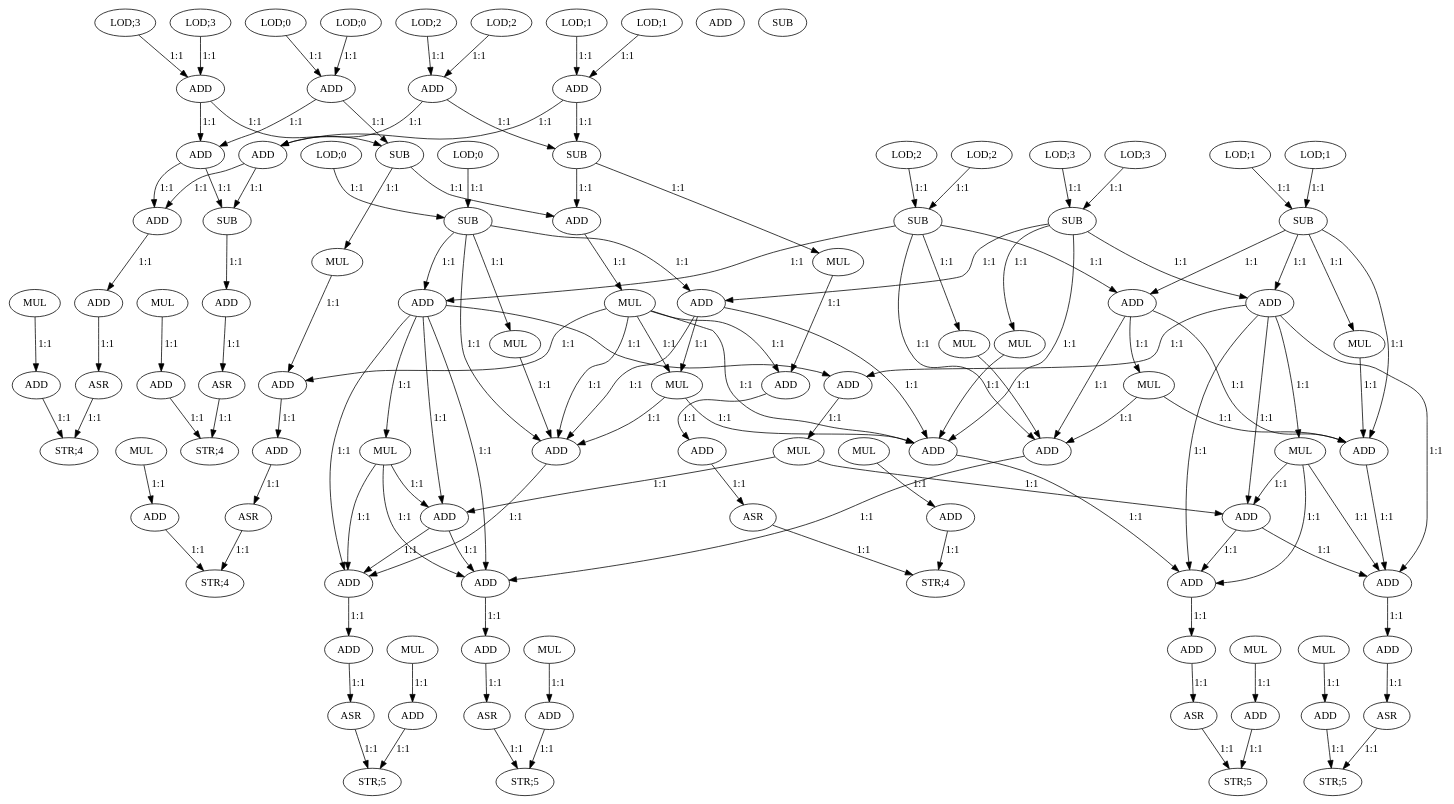
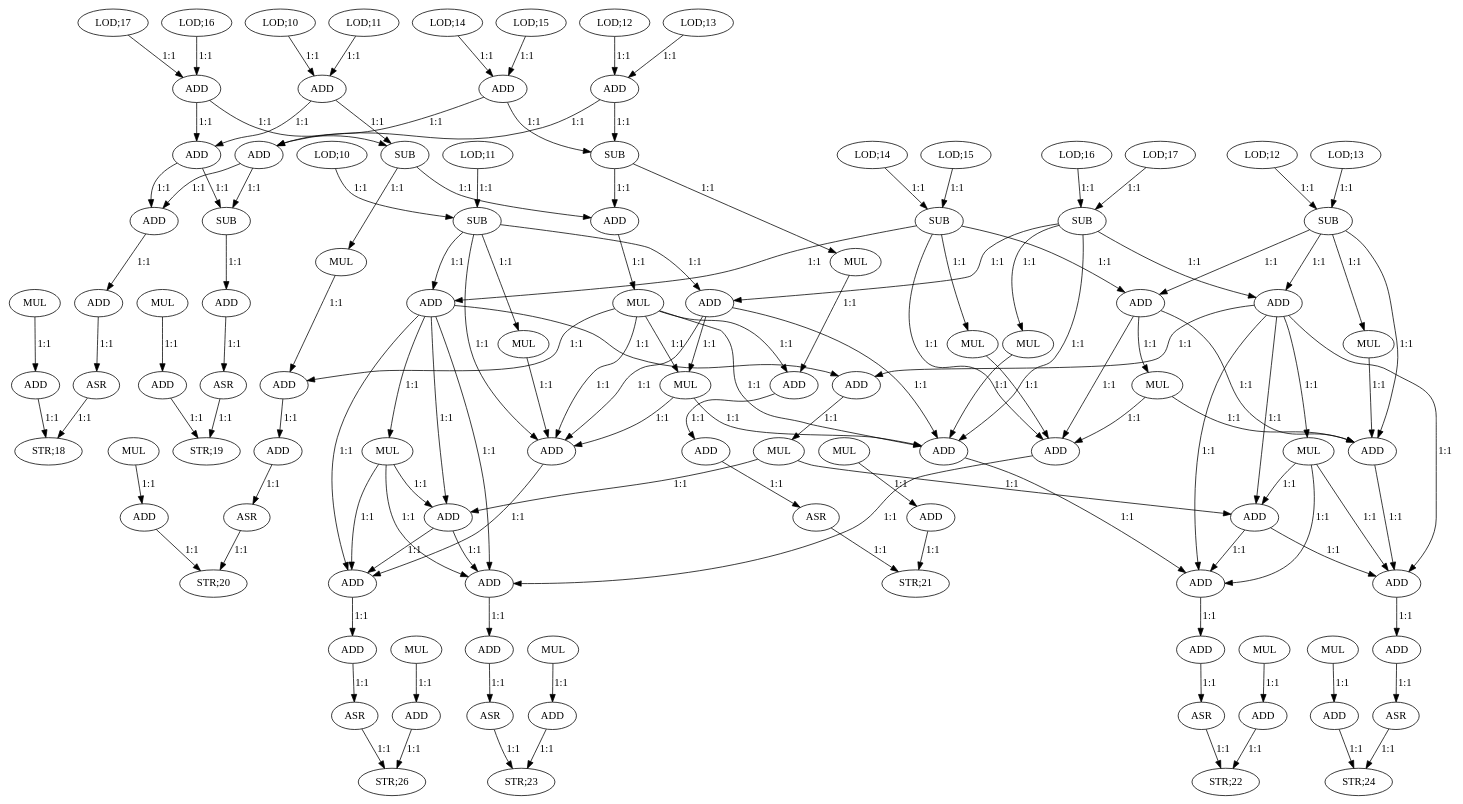
The diagram in large_dfgs/Express_loadUpward/jpeg_fdct.dot (nikhilsambhus/DFGprop), drawn with Graphviz before and after one commit. The commit also changed 10 other files, not shown here.

```diff
--- a/large_dfgs/Express_loadUpward/jpeg_fdct.dot
+++ b/large_dfgs/Express_loadUpward/jpeg_fdct.dot
@@ -1,27 +1,27 @@
 digraph  {
-   0 [label="LOD;0"];
-   1 [label="LOD;0"];
+   0 [label="LOD;10"];
+   1 [label="LOD;11"];
    2 [label="ADD"];
-   3 [label="LOD;0"];
-   4 [label="LOD;0"];
+   3 [label="LOD;10"];
+   4 [label="LOD;11"];
    5 [label="SUB"];
-   6 [label="LOD;1"];
-   7 [label="LOD;1"];
+   6 [label="LOD;12"];
+   7 [label="LOD;13"];
    8 [label="ADD"];
-   9 [label="LOD;1"];
-   10 [label="LOD;1"];
+   9 [label="LOD;12"];
+   10 [label="LOD;13"];
    11 [label="SUB"];
-   12 [label="LOD;2"];
-   13 [label="LOD;2"];
+   12 [label="LOD;14"];
+   13 [label="LOD;15"];
    14 [label="ADD"];
-   15 [label="LOD;2"];
-   16 [label="LOD;2"];
+   15 [label="LOD;14"];
+   16 [label="LOD;15"];
    17 [label="SUB"];
-   18 [label="LOD;3"];
-   19 [label="LOD;3"];
+   18 [label="LOD;16"];
+   19 [label="LOD;17"];
    20 [label="ADD"];
-   21 [label="LOD;3"];
-   22 [label="LOD;3"];
+   21 [label="LOD;16"];
+   22 [label="LOD;17"];
    23 [label="SUB"];
    24 [label="ADD"];
    25 [label="SUB"];
@@ -32,13 +32,13 @@
    30 [label="ASR"];
    31 [label="MUL"];
    32 [label="ADD"];
-   33 [label="STR;4"];
+   33 [label="STR;18"];
    34 [label="SUB"];
    35 [label="ADD"];
    36 [label="ASR"];
    37 [label="MUL"];
    38 [label="ADD"];
-   39 [label="STR;4"];
+   39 [label="STR;19"];
    40 [label="ADD"];
    41 [label="MUL"];
    42 [label="MUL"];
@@ -47,14 +47,14 @@
    45 [label="ASR"];
    46 [label="MUL"];
    47 [label="ADD"];
-   48 [label="STR;4"];
+   48 [label="STR;20"];
    49 [label="MUL"];
    50 [label="ADD"];
    51 [label="ADD"];
    52 [label="ASR"];
    53 [label="MUL"];
    54 [label="ADD"];
-   55 [label="STR;4"];
+   55 [label="STR;21"];
    56 [label="ADD"];
    57 [label="ADD"];
    58 [label="ADD"];
@@ -77,30 +77,28 @@
    75 [label="ASR"];
    76 [label="MUL"];
    77 [label="ADD"];
-   78 [label="STR;5"];
+   78 [label="STR;22"];
    79 [label="ADD"];
    80 [label="ADD"];
    81 [label="ADD"];
    82 [label="ASR"];
    83 [label="MUL"];
    84 [label="ADD"];
-   85 [label="STR;5"];
+   85 [label="STR;23"];
    86 [label="ADD"];
    87 [label="ADD"];
    88 [label="ADD"];
    89 [label="ASR"];
    90 [label="MUL"];
    91 [label="ADD"];
-   92 [label="STR;5"];
+   92 [label="STR;24"];
    93 [label="ADD"];
    94 [label="ADD"];
    95 [label="ADD"];
    96 [label="ASR"];
    97 [label="MUL"];
    98 [label="ADD"];
-   99 [label="STR;5"];
-   100 [label="ADD"];
-   101 [label="SUB"];
+   99 [label="STR;26"];
 
    0->2 [label="1:1"];
    1->2 [label="1:1"];
```
